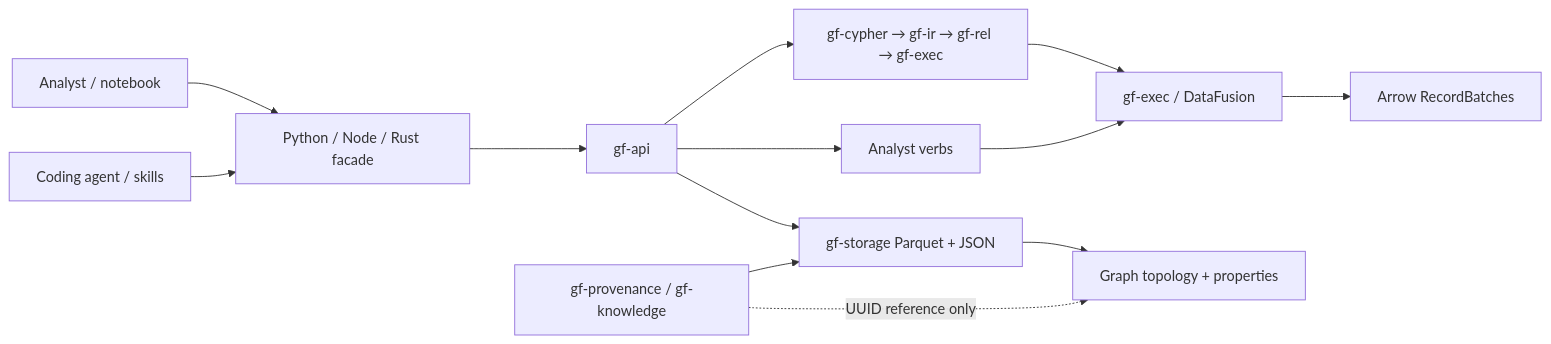
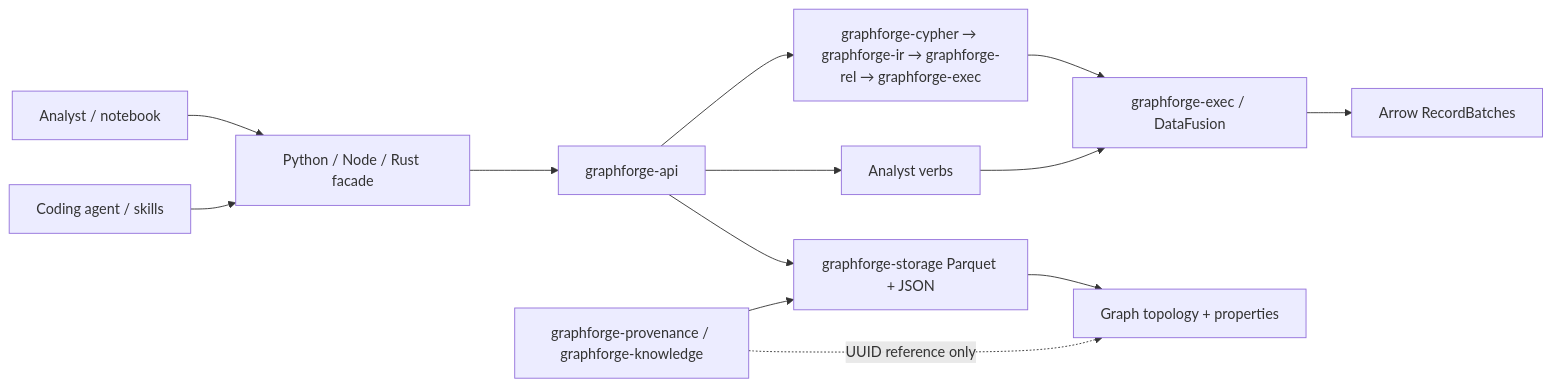
The diagram in docs/engineering/ARCHITECTURE.md (CurateLabs/graphforge), drawn with Mermaid before and after one commit. The commit also changed other lines of this file and 970 other files, not shown here.

Commit message:
release: publish crates under graphforge namespace

````diff
--- a/docs/engineering/ARCHITECTURE.md
+++ b/docs/engineering/ARCHITECTURE.md
@@ -11,15 +11,15 @@
 ```mermaid
 flowchart LR
     Analyst["Analyst / notebook"] --> Bindings["Python / Node / Rust facade"]
     Agent["Coding agent / skills"] --> Bindings
-    Bindings --> Api["gf-api"]
-    Api --> Cypher["gf-cypher → gf-ir → gf-rel → gf-exec"]
+    Bindings --> Api["graphforge-api"]
+    Api --> Cypher["graphforge-cypher → graphforge-ir → graphforge-rel → graphforge-exec"]
     Api --> Verbs["Analyst verbs"]
-    Verbs --> Exec["gf-exec / DataFusion"]
+    Verbs --> Exec["graphforge-exec / DataFusion"]
     Cypher --> Exec
     Exec --> Arrow["Arrow RecordBatches"]
-    Api --> Storage["gf-storage Parquet + JSON"]
-    Knowledge["gf-provenance / gf-knowledge"] --> Storage
+    Api --> Storage["graphforge-storage Parquet + JSON"]
+    Knowledge["graphforge-provenance / graphforge-knowledge"] --> Storage
     Knowledge -. "UUID reference only" .-> GraphData["Graph topology + properties"]
     Storage --> GraphData
 ```
````
